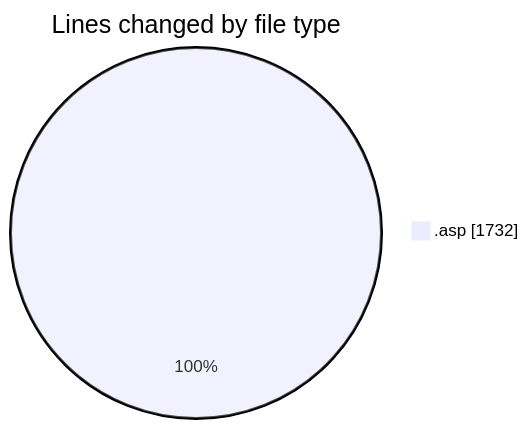
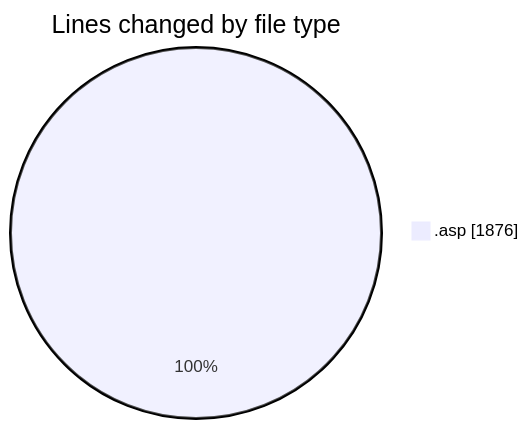
The first of 2 diagrams in 2025-10-31/cdp_aleoudev_fr__workspace_/README.md (julien-gomy/code-tracking), drawn with Mermaid before and after one commit. The commit also changed other lines of this file and 1 other file, not shown here.

````diff
--- a/2025-10-31/cdp_aleoudev_fr__workspace_/README.md
+++ b/2025-10-31/cdp_aleoudev_fr__workspace_/README.md
@@ -21,5 +21,5 @@
 ```mermaid
 pie showData
 title Lines changed by file type
-".asp" : 1732
+".asp" : 1876
 ```
````
